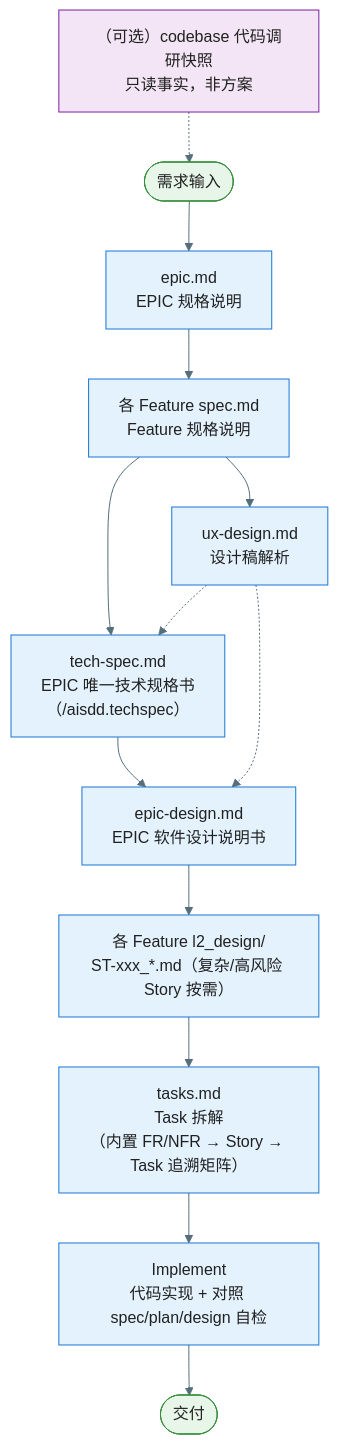
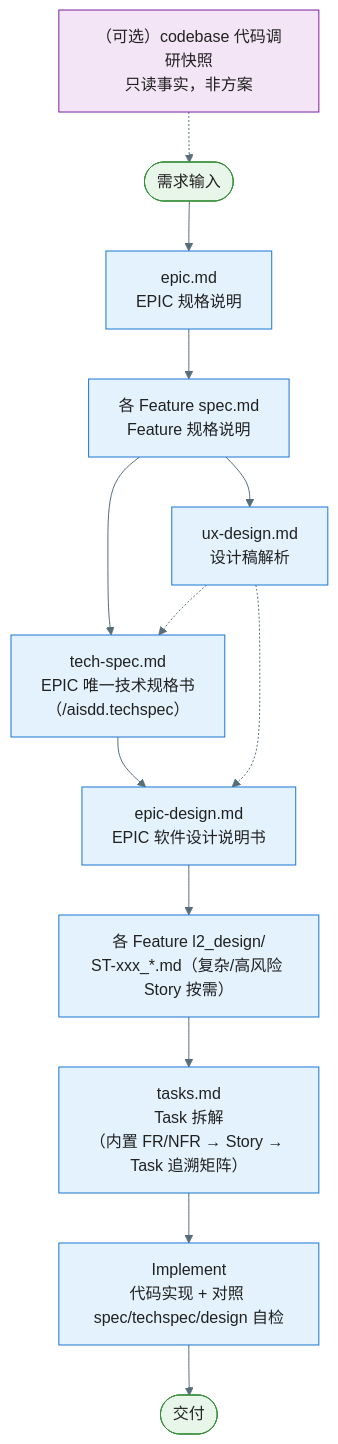
Before and after one commit to jackykarma/Verity: the first of 8 diagrams in docs/aisdd/workflow-overview.md, drawn with Mermaid. The commit also changed other lines of this file and 206 other files, not shown here.

First line of the commit message:
feat ✨(EPIC-005): Web 图片解析工作台与 AISDD 工作流收尾

````diff
--- a/docs/aisdd/workflow-overview.md
+++ b/docs/aisdd/workflow-overview.md
@@ -9,27 +9,27 @@
 ```mermaid
 %%{init: {'theme': 'base', 'themeVariables': { 'primaryColor': '#E3F2FD', 'primaryTextColor': '#212121', 'primaryBorderColor': '#1976D2', 'lineColor': '#546E7A'}}}%%
 flowchart TD
     Research["（可选）codebase 代码调研快照<br/>只读事实，非方案"] -.-> Start
     Start([需求输入]) --> EpicMd["epic.md<br/>EPIC 规格说明"]
     EpicMd --> SpecMd["各 Feature spec.md<br/>Feature 规格说明"]
     SpecMd --> TechSpec["tech-spec.md<br/>EPIC 唯一技术规格书<br/>（/aisdd.techspec）"]
     SpecMd --> UxDesign["ux-design.md<br/>设计稿解析"]
     UxDesign -.-> TechSpec
     TechSpec --> EpicDesign["epic-design.md<br/>EPIC 软件设计说明书"]
     UxDesign -.-> EpicDesign
     EpicDesign --> StoryDesign["各 Feature l2_design/<br/>ST-xxx_*.md（复杂/高风险 Story 按需）"]
     StoryDesign --> TasksMd["tasks.md<br/>Task 拆解<br/>（内置 FR/NFR → Story → Task 追溯矩阵）"]
-    TasksMd --> Implement["Implement<br/>代码实现 + 对照 spec/plan/design 自检"]
+    TasksMd --> Implement["Implement<br/>代码实现 + 对照 spec/techspec/design 自检"]
     Implement --> Done([交付])
 
     style Research fill:#F3E5F5,stroke:#7B1FA2
     style Start fill:#E8F5E9,stroke:#388E3C
     style Done fill:#E8F5E9,stroke:#388E3C
     style EpicMd fill:#E3F2FD,stroke:#1976D2
     style SpecMd fill:#E3F2FD,stroke:#1976D2
     style TechSpec fill:#E3F2FD,stroke:#1976D2
     style UxDesign fill:#E3F2FD,stroke:#1976D2
     style EpicDesign fill:#E3F2FD,stroke:#1976D2
     style StoryDesign fill:#E3F2FD,stroke:#1976D2
     style TasksMd fill:#E3F2FD,stroke:#1976D2
 ```
````
